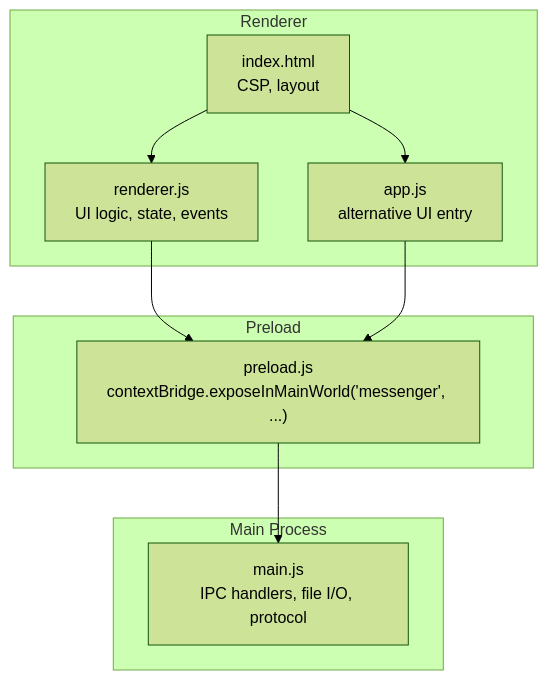
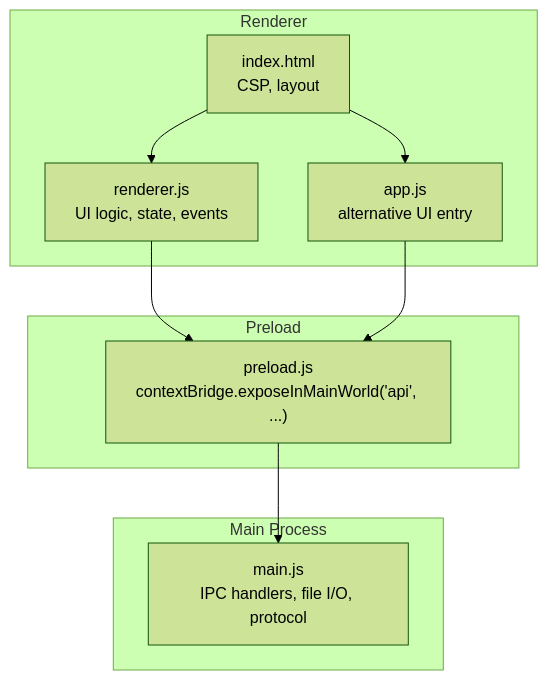
One commit to Annguyen0410/Personal-Messenger-Like-Storage- changed the first of 3 diagrams in .qoder/repowiki/en/content/API Reference.md. Above: the diagram before and after it, drawn with Mermaid (forest theme). The commit also changed other lines of this file and 19 other files, not shown here.

````diff
--- a/.qoder/repowiki/en/content/API Reference.md
+++ b/.qoder/repowiki/en/content/API Reference.md
@@ -37,19 +50,19 @@
 ```mermaid
 graph TB
 subgraph "Main Process"
 M["main.js<br/>IPC handlers, file I/O, protocol"]
 end
 subgraph "Preload"
-P["preload.js<br/>contextBridge.exposeInMainWorld('messenger', ...)"]
+P["preload.js<br/>contextBridge.exposeInMainWorld('api', ...)"]
 end
 subgraph "Renderer"
 R1["renderer.js<br/>UI logic, state, events"]
 R2["app.js<br/>alternative UI entry"]
 H["index.html<br/>CSP, layout"]
 end
 R1 --> P
 R2 --> P
 P --> M
 H --> R1
 H --> R2
 ```
````
